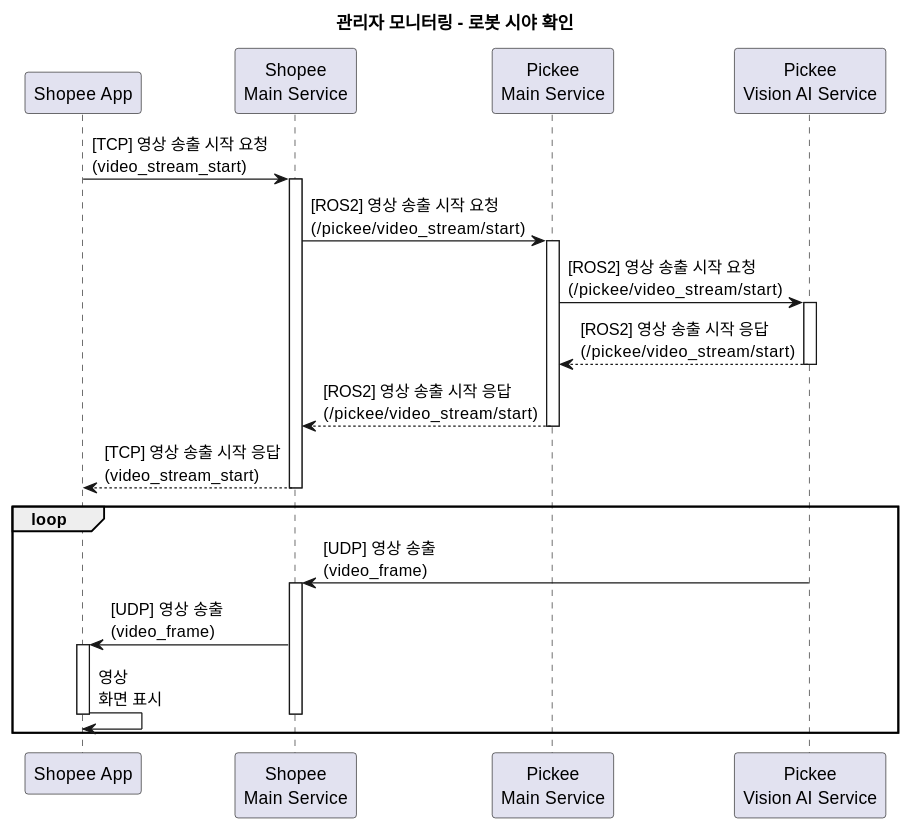
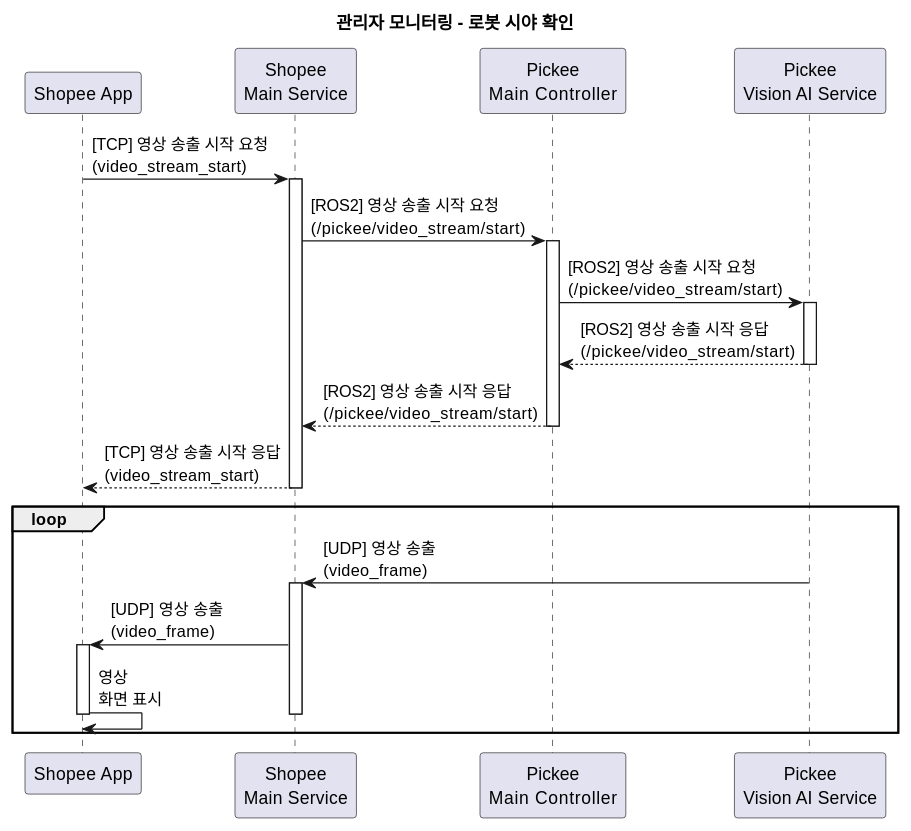
The diagram in docs/SequenceDiagram/SC_05_1_3.md (addinedu-roscamp-7th/roscamp-repo-1), drawn with PlantUML before and after one commit. The commit also changed 18 other files, not shown here.

```diff
--- a/docs/SequenceDiagram/SC_05_1_3.md
+++ b/docs/SequenceDiagram/SC_05_1_3.md
@@ -1,38 +1,38 @@
 @startuml
 title 관리자 모니터링 - 로봇 시야 확인
 participant "Shopee App" as app
 participant "Shopee\nMain Service" as shopee
-participant "Pickee\nMain Service" as pickee
+participant "Pickee\nMain Controller" as pickee
 participant "Pickee\nVision AI Service" as vision
 
 app -> shopee: [TCP] 영상 송출 시작 요청\n(video_stream_start)
 activate shopee
 
 shopee -> pickee: [ROS2] 영상 송출 시작 요청\n(/pickee/video_stream/start)
 activate pickee
 
 pickee -> vision: [ROS2] 영상 송출 시작 요청\n(/pickee/video_stream/start)
 activate vision
 
 vision --> pickee: [ROS2] 영상 송출 시작 응답\n(/pickee/video_stream/start)
 deactivate vision
 
 pickee --> shopee: [ROS2] 영상 송출 시작 응답\n(/pickee/video_stream/start)
 deactivate pickee
 
 shopee --> app: [TCP] 영상 송출 시작 응답\n(video_stream_start)
 deactivate shopee
 
 loop
     vision -> shopee: [UDP] 영상 송출\n(video_frame)
     activate shopee
     
     shopee -> app: [UDP] 영상 송출\n(video_frame)
     activate app
     
     app -> app: 영상\n화면 표시
     deactivate app
     deactivate shopee
 end
 
 @enduml
```
